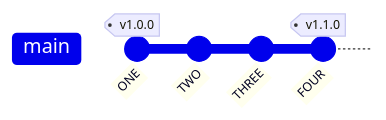
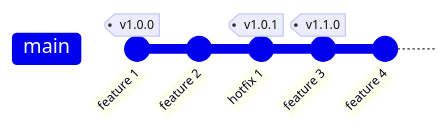
One commit to louisrubet/simplest-git-branching-model changed the first of 5 diagrams in README.md. Above: the diagram before and after it, drawn with Mermaid. The commit also changed other lines of this file, not shown here.

Commit message:
Cleaner first graph and credits

````diff
--- a/README.md
+++ b/README.md
@@ -22,7 +22,8 @@
 ```mermaid
 gitGraph
-   commit id: "ONE" tag: "v1.0.0"
-   commit id: "TWO"
-   commit id: "THREE"
-   commit id: "FOUR" tag: "v1.1.0"
+   commit id: "feature 1" tag: "v1.0.0"
+   commit id: "feature 2"
+   commit id: "hotfix 1" tag: "v1.0.1"
+   commit id: "feature 3" tag: "v1.1.0"
+   commit id: "feature 4"
 ```
````
